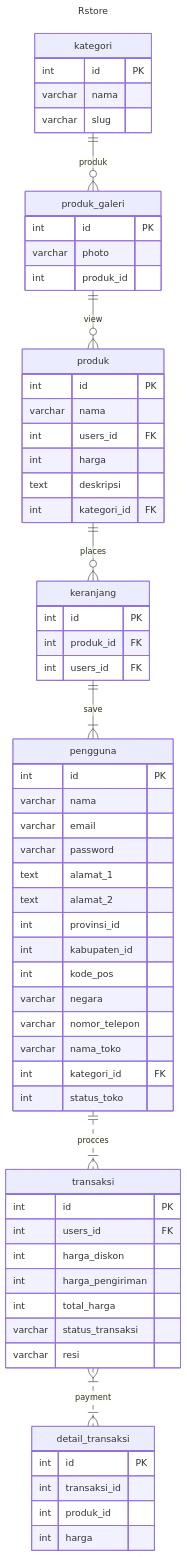
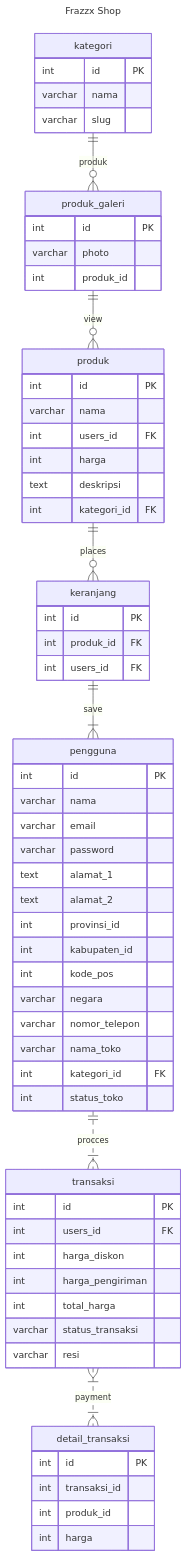
The first of 2 diagrams in project1.md (Fadhillahrizqia/Frazxx_Shop), drawn with Mermaid before and after one commit. The commit also changed other lines of this file, not shown here.

````diff
--- a/project1.md
+++ b/project1.md
@@ -94,56 +94,56 @@
 ```mermaid
 ---
-title:  Rstore
+title:  Frazzx Shop
 ---
 erDiagram
     kategori ||--o{ produk_galeri : produk kategori {
         int id PK
         varchar nama
         varchar slug
 } produk_galeri ||--o{ produk : view produk_galeri {
         int id PK
         varchar photo
         int produk_id
 } produk ||--o{ keranjang : places produk {
         int id PK
         varchar nama
         int users_id FK
         int harga
         text deskripsi
         int kategori_id FK
 } keranjang ||--|{ pengguna : save keranjang {
         int id PK
         int produk_id FK
         int users_id FK
 } pengguna ||..|{ transaksi : procces pengguna {
         int id PK
         varchar nama
         varchar email
         varchar password
         text alamat_1
         text alamat_2
         int provinsi_id
         int kabupaten_id
         int kode_pos
         varchar negara
         varchar nomor_telepon
         varchar nama_toko
         int kategori_id FK
         int status_toko
 } transaksi }|..|{ detail_transaksi : payment transaksi {
         int id PK
         int users_id FK
         int harga_diskon
         int harga_pengiriman
         int total_harga
         varchar status_transaksi
         varchar resi
 } detail_transaksi {
         int id PK
         int transaksi_id
         int produk_id
         int harga
 }
 
     
 ```
````
